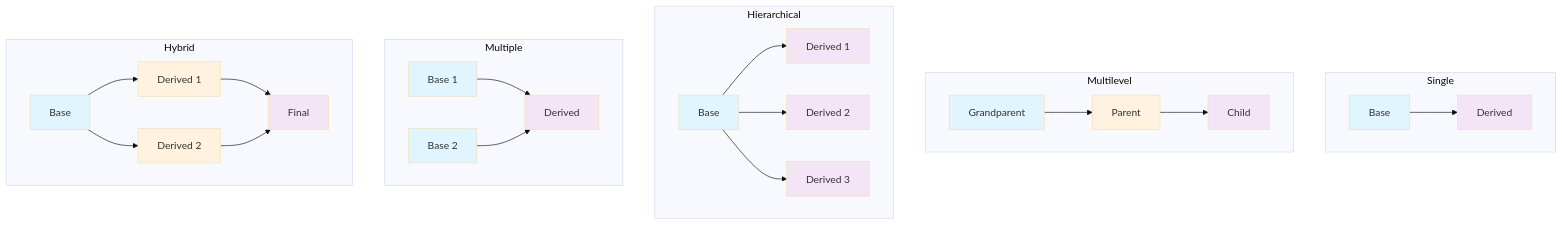
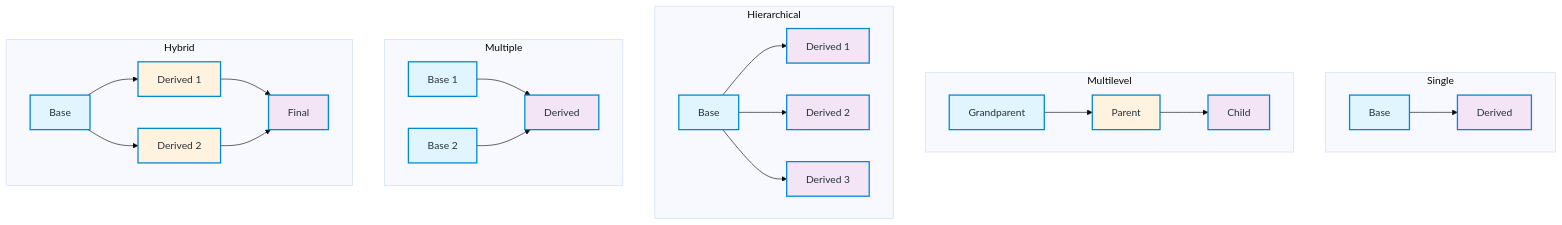
Before and after one commit to joyandrew-github/DSA_CPP: the ninth of 9 diagrams in OOPS/Inheritance/Inheritance_Types_Complete_Guide.md, drawn with Mermaid (base theme). The commit also changed other lines of this file, not shown here.

First line of the commit message:
docs: fix mermaid diagram colors for visibility

````diff
--- a/OOPS/Inheritance/Inheritance_Types_Complete_Guide.md
+++ b/OOPS/Inheritance/Inheritance_Types_Complete_Guide.md
@@ -454,46 +490,37 @@
 ```mermaid
 graph TD
     subgraph "Single"
         S1[Base] --> S2[Derived]
     end
     
     subgraph "Multilevel"
         ML1[Grandparent] --> ML2[Parent]
         ML2 --> ML3[Child]
     end
     
     subgraph "Hierarchical"
         H1[Base] --> H2[Derived 1]
         H1 --> H3[Derived 2]
         H1 --> H4[Derived 3]
     end
     
     subgraph "Multiple"
         M1[Base 1] --> M3[Derived]
         M2[Base 2] --> M3
     end
     
     subgraph "Hybrid"
         HY1[Base] --> HY2[Derived 1]
         HY1 --> HY3[Derived 2]
         HY2 --> HY4[Final]
         HY3 --> HY4
     end
     
-    style S1 fill:#e1f5fe
-    style S2 fill:#f3e5f5
-    style ML1 fill:#e1f5fe
-    style ML2 fill:#fff3e0
-    style ML3 fill:#f3e5f5
-    style H1 fill:#e1f5fe
-    style H2 fill:#f3e5f5
-    style H3 fill:#f3e5f5
-    style H4 fill:#f3e5f5
-    style M1 fill:#e1f5fe
-    style M2 fill:#e1f5fe
-    style M3 fill:#f3e5f5
-    style HY1 fill:#e1f5fe
-    style HY2 fill:#fff3e0
-    style HY3 fill:#fff3e0
-    style HY4 fill:#f3e5f5
+    classDef baseClass fill:#E1F5FE,color:#263238,stroke:#0288D1,stroke-width:2px
+    classDef intermediateClass fill:#FFF3E0,color:#263238,stroke:#0288D1,stroke-width:2px
+    classDef derivedClass fill:#F3E5F5,color:#263238,stroke:#0288D1,stroke-width:2px
+    
+    class S1,ML1,H1,M1,M2,HY1 baseClass
+    class ML2,HY2,HY3 intermediateClass
+    class S2,ML3,H2,H3,H4,M3,HY4 derivedClass
 ```
````
